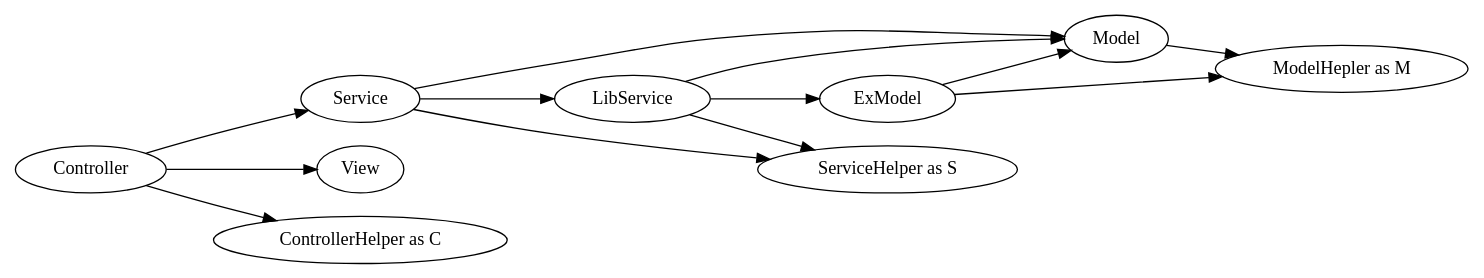
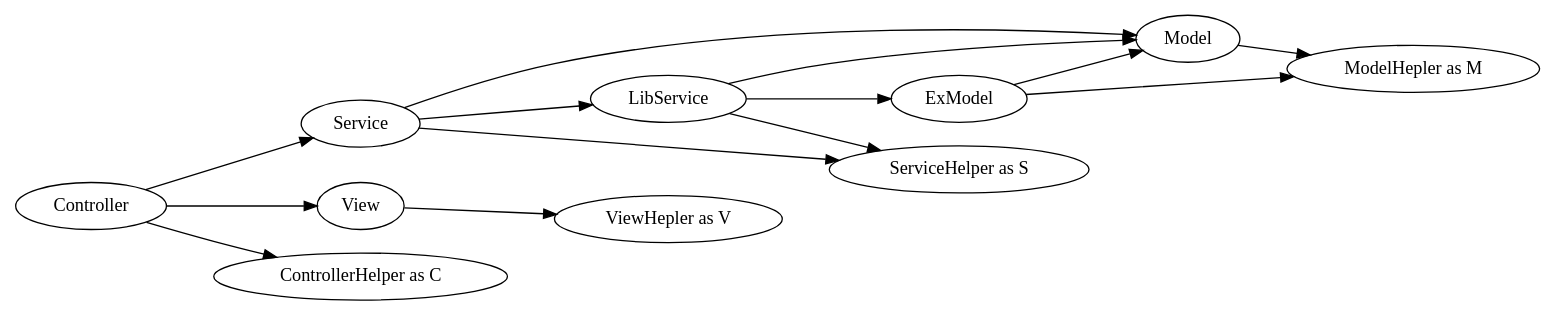
Before and after one commit to dvaknheo/duckphp: the diagram in doc/arch_full.gv, drawn with Graphviz. The commit also changed 4 other files, not shown here.

```diff
--- a/doc/arch_full.gv
+++ b/doc/arch_full.gv
@@ -1,25 +1,26 @@
 digraph G{
 /* This is a graphviz file */
 graph [rankdir = "LR"];
 
     Controller -> Service -> Model;
     
     Service -> LibService;
     LibService->ExModel;
     ExModel -> Model;
     LibService->Model;
     Controller -> View;
 
     Controller ->ControllerHelper;
 
     Service ->ServiceHelper;
     LibService ->ServiceHelper;
 
     Model ->ModelHepler;
     ExModel ->ModelHepler;
-
+    View -> ViewHepler;
     ControllerHelper [label="ControllerHelper as C"];
     ServiceHelper [label="ServiceHelper as S"];
     ModelHepler [label="ModelHepler as M"];
+    ViewHepler [label="ViewHepler as V"];
 
 }
```
